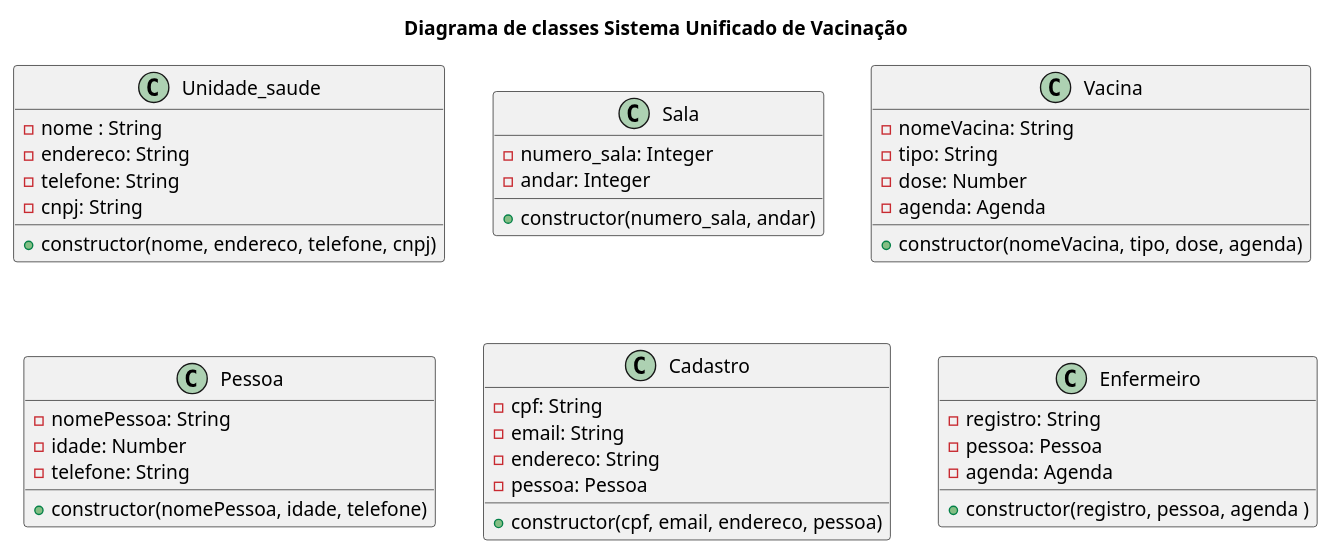
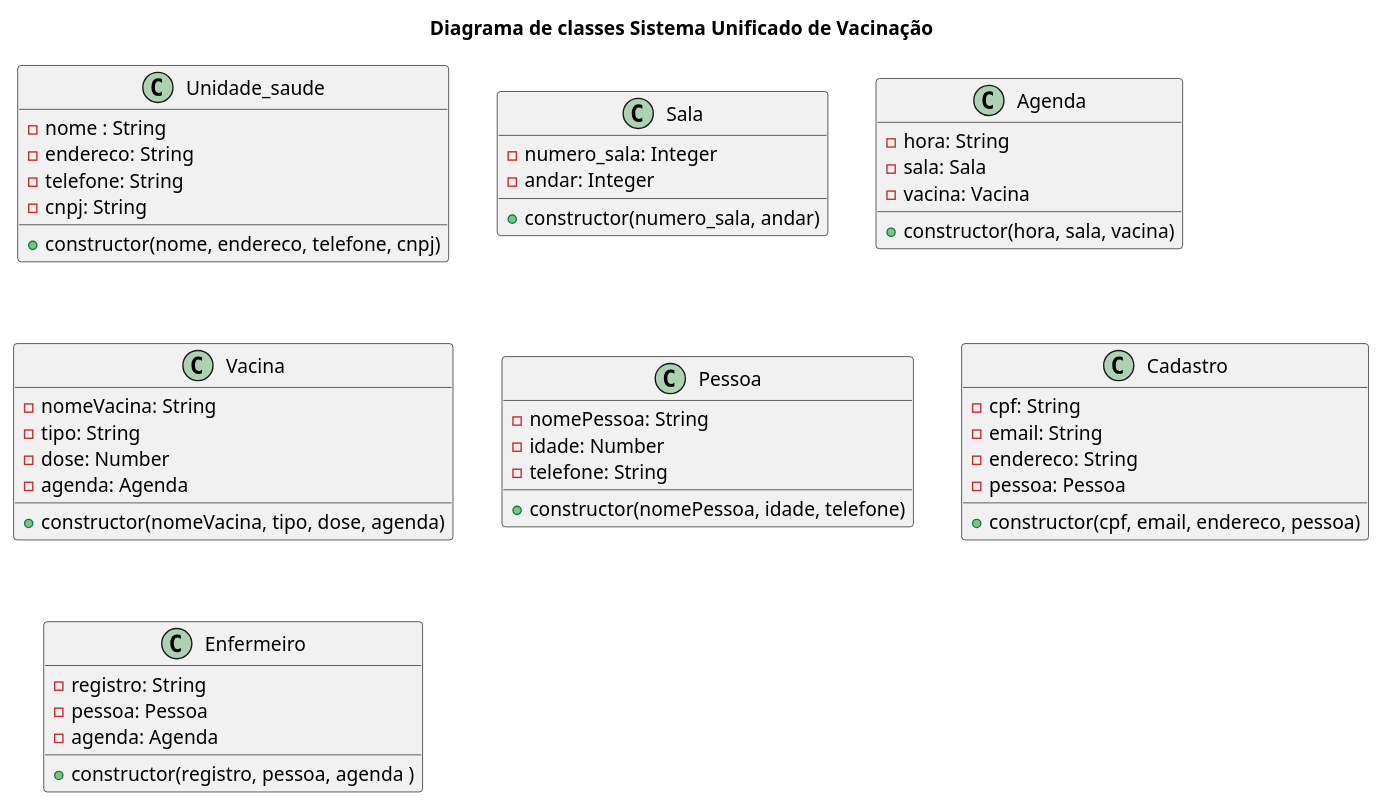
Before and after one commit to anleaes/2022-1-N2-POO-01: the diagram in diagrama_classe.plantuml, drawn with PlantUML.

Commit message:
impplementacao da classe agenda no diagrama

```diff
--- a/diagrama_classe.plantuml
+++ b/diagrama_classe.plantuml
@@ -1,52 +1,59 @@
 @startuml
 
 title Diagrama de classes Sistema Unificado de Vacinação
 
 class Unidade_saude{
     - nome : String
     - endereco: String
     - telefone: String
     - cnpj: String
     + constructor(nome, endereco, telefone, cnpj)
 }
 
 class Sala{
     - numero_sala: Integer
     - andar: Integer
     + constructor(numero_sala, andar)
+}
+
+class Agenda{
+    - hora: String
+    - sala: Sala
+    - vacina: Vacina
+    + constructor(hora, sala, vacina)
 }
 
 
 Class Vacina{
     - nomeVacina: String
     - tipo: String
     - dose: Number
     - agenda: Agenda
     + constructor(nomeVacina, tipo, dose, agenda)
 }
 
 class Pessoa{
     - nomePessoa: String
     - idade: Number
     - telefone: String
     + constructor(nomePessoa, idade, telefone)
 }
 
 class Cadastro {
     - cpf: String
     - email: String
     - endereco: String
     - pessoa: Pessoa
     + constructor(cpf, email, endereco, pessoa)
 }
 
 class Enfermeiro {
     - registro: String
     - pessoa: Pessoa
     - agenda: Agenda
     + constructor(registro, pessoa, agenda )
 }
 
 
 
 @enduml
```
